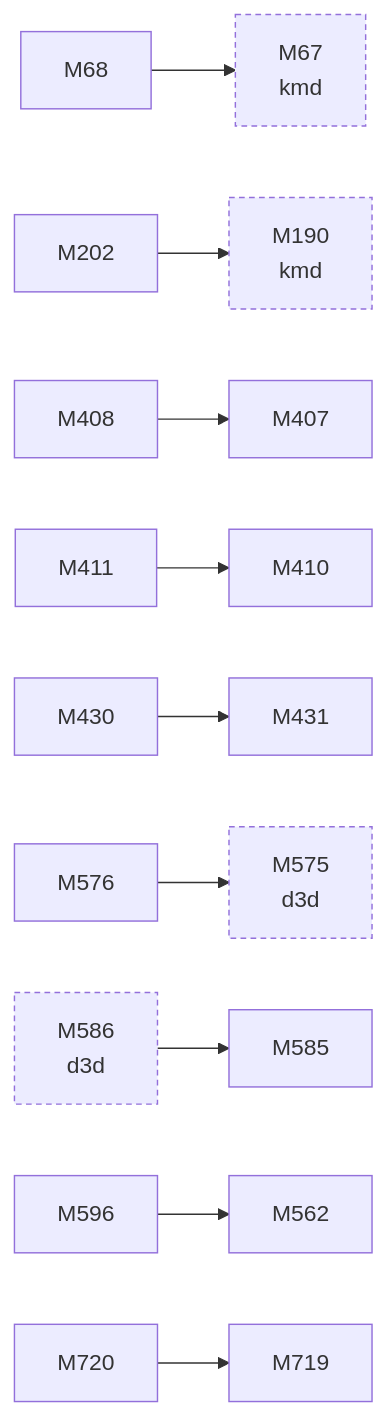
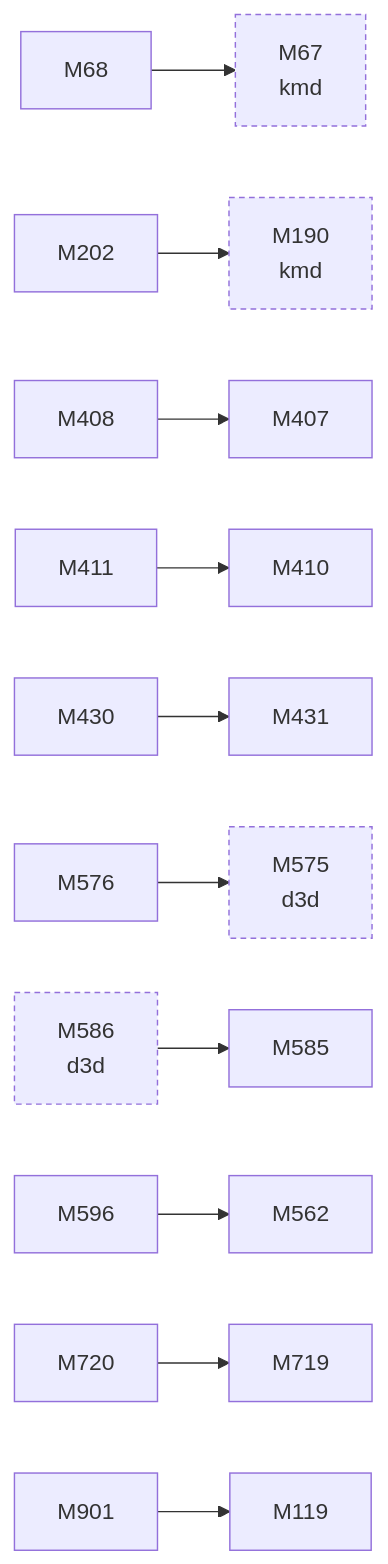
One commit to D-Ogi/amdgpu-wddm changed the third of 3 diagrams in docs/facts/graphs/display.md. Above: the diagram before and after it, drawn with Mermaid. The commit also changed 27 other files, not shown here.

````diff
--- a/docs/facts/graphs/display.md
+++ b/docs/facts/graphs/display.md
@@ -166,32 +166,35 @@
 ```mermaid
 flowchart LR
   M67["M67<br/>kmd"]
   M68["M68"]
+  M119["M119"]
   M190["M190<br/>kmd"]
   M202["M202"]
   M407["M407"]
   M408["M408"]
   M410["M410"]
   M411["M411"]
   M430["M430"]
   M431["M431"]
   M562["M562"]
   M575["M575<br/>d3d"]
   M576["M576"]
   M585["M585"]
   M586["M586<br/>d3d"]
   M596["M596"]
   M719["M719"]
   M720["M720"]
+  M901["M901"]
   M68 --> M67
   M202 --> M190
   M408 --> M407
   M411 --> M410
   M430 --> M431
   M576 --> M575
   M596 --> M562
   M720 --> M719
+  M901 --> M119
   M586 --> M585
   classDef other stroke-dasharray:4 3
   class M67,M190,M575,M586 other
 ```
````
